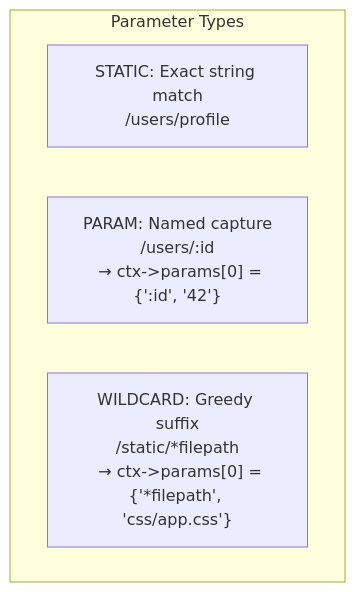
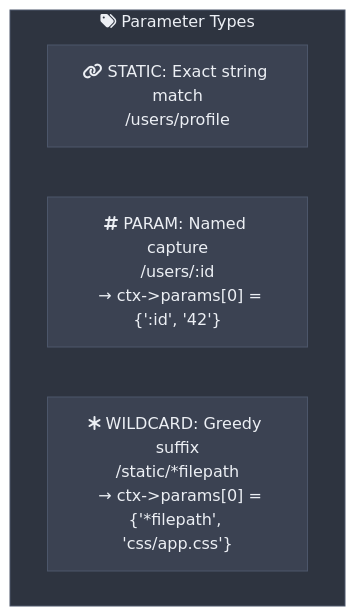
The fifth of 5 diagrams in docs/module-design/router.md (quintin-lee/csilk), drawn with Mermaid before and after one commit. The commit also changed other lines of this file and 30 other files, not shown here.

Commit message:
docs(docs): 📝 apply Nord Mermaid theme, RFC 2119 keywords, and quantified metrics to all docs

````diff
--- a/docs/module-design/router.md
+++ b/docs/module-design/router.md
@@ -129,8 +215,30 @@
 ```mermaid
+%%{init: {
+  'theme': 'base',
+  'themeVariables': {
+    'background': '#2E3440',
+    'primaryColor': '#81A1C1',
+    'primaryBorderColor': '#4C566A',
+    'primaryTextColor': '#ECEFF4',
+    'secondaryColor': '#3B4252',
+    'secondaryBorderColor': '#434C5E',
+    'secondaryTextColor': '#D8DEE9',
+    'lineColor': '#81A1C1',
+    'textColor': '#ECEFF4',
+    'mainBkg': '#3B4252',
+    'nodeBorder': '#4C566A',
+    'clusterBkg': '#2E3440',
+    'clusterBorder': '#4C566A',
+    'titleColor': '#ECEFF4',
+    'edgeLabelBackground': '#3B4252',
+    'nodeTextColor': '#ECEFF4'
+  },
+  'flowchart': {'htmlLabels': true, 'curve': 'basis'}
+}}%%
 flowchart TB
-    subgraph "Parameter Types"
-        STATIC["STATIC: Exact string match\n/users/profile"]
-        PARAM["PARAM: Named capture\n/users/:id\n  → ctx->params[0] = {':id', '42'}"]
-        WILD["WILDCARD: Greedy suffix\n/static/*filepath\n  → ctx->params[0] = {'*filepath', 'css/app.css'}"]
+    subgraph param_types["fa:fa-tags Parameter Types"]
+        STATIC["fa:fa-link STATIC: Exact string match<br/>/users/profile"]
+        PARAM["fa:fa-hashtag PARAM: Named capture<br/>/users/:id<br/>  → ctx->params[0] = {':id', '42'}"]
+        WILD["fa:fa-asterisk WILDCARD: Greedy suffix<br/>/static/*filepath<br/>  → ctx->params[0] = {'*filepath', 'css/app.css'}"]
     end
 ```
````
